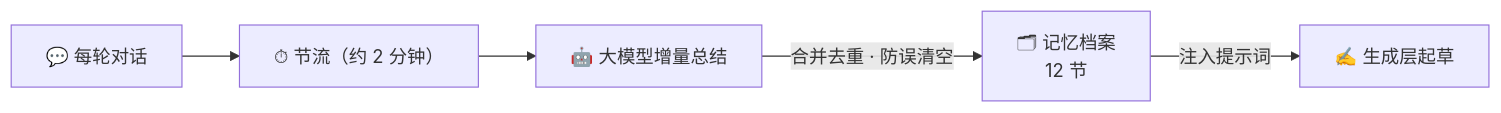
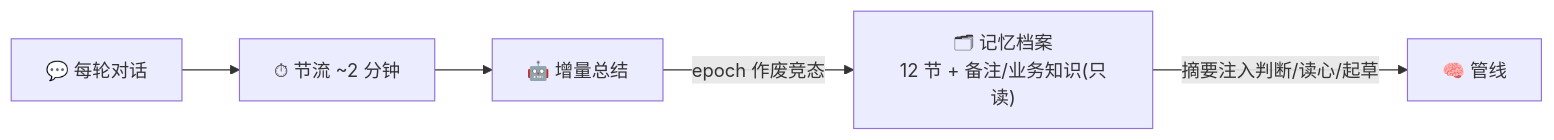
Before and after one commit to lsp199308/Jev-Chat-for-WeChat: the second of 2 diagrams in README.md, drawn with Mermaid. The commit also changed other lines of this file and 2 other files, not shown here.

````diff
--- a/README.md
+++ b/README.md
@@ -176,7 +131,7 @@
 ```mermaid
 flowchart LR
-    M["🗂 记忆档案<br/>12 节"] -- "注入提示词" --> E["✍️ 生成层起草"]
-    F["💬 每轮对话"] --> H["⏱ 节流（约 2 分钟）"]
-    H --> I["🤖 大模型增量总结"]
-    I -- "合并去重 · 防误清空" --> M
+    M["🗂 记忆档案<br/>12 节 + 备注/业务知识(只读)"] -- "摘要注入判断/读心/起草" --> G["🧠 管线"]
+    T["💬 每轮对话"] --> H["⏱ 节流 ~2 分钟"]
+    H --> I["🤖 增量总结"]
+    I -- "epoch 作废竞态" --> M
 ```
````
